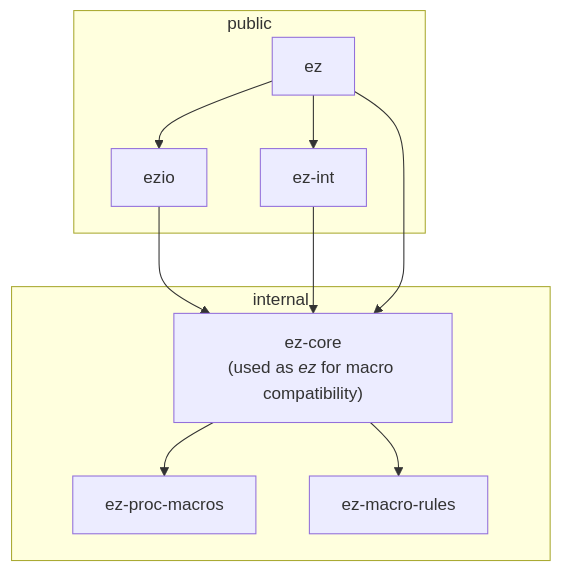
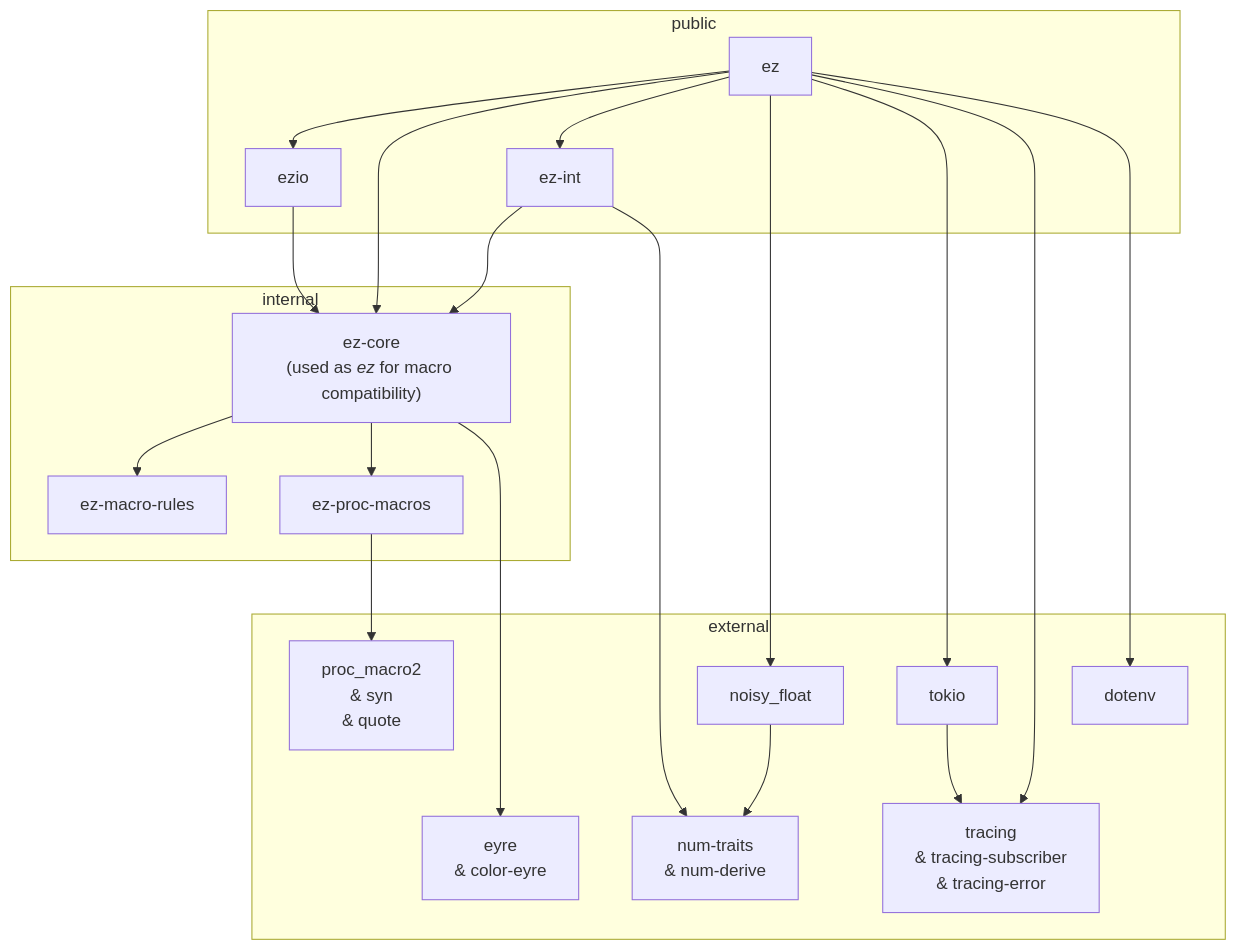
Before and after one commit to jeremyBanks/ez: the diagram in CONTRIBUTING.md, drawn with Mermaid. The commit also changed other lines of this file and 30 other files, not shown here.

````diff
--- a/CONTRIBUTING.md
+++ b/CONTRIBUTING.md
@@ -5,22 +5,41 @@
 ```mermaid
 graph TD;
   subgraph public
     ez
     ez-int
     ezio
   end
 
   subgraph internal
     ez-core["ez-core<br>(used as <i>ez</i> for macro compatibility)"]
+    ez-macro-rules
     ez-proc-macros
-    ez-macro-rules
   end
 
-  ezio --> ez-core
-  ez-core --> ez-proc-macros
-  ez-core --> ez-macro-rules
-  ez --> ez-int
-  ez-int --> ez-core
+  subgraph external
+    eyre["eyre<br>&amp; color-eyre"]
+    noisy_float
+    num-traits["num-traits<br>&amp; num-derive"]
+    proc_macro2["proc_macro2<br>&amp; syn<br>&amp; quote"]
+    tokio
+    tracing["tracing<br>&amp; tracing-subscriber<br>&amp; tracing-error"]
+    dotenv
+  end
+
   ez --> ezio
   ez --> ez-core
+  ez --> ez-int
+  ez --> noisy_float
+  ez --> tokio
+  tokio --> tracing
+  ez --> tracing
+  ez-core --> ez-macro-rules
+  ez-core --> ez-proc-macros
+  ez-core ----> eyre
+  ez-int --> ez-core
+  ez-int --> num-traits
+  ez-proc-macros --> proc_macro2
+  ezio --> ez-core
+  noisy_float --> num-traits
+  ez --> dotenv
 ```
````
